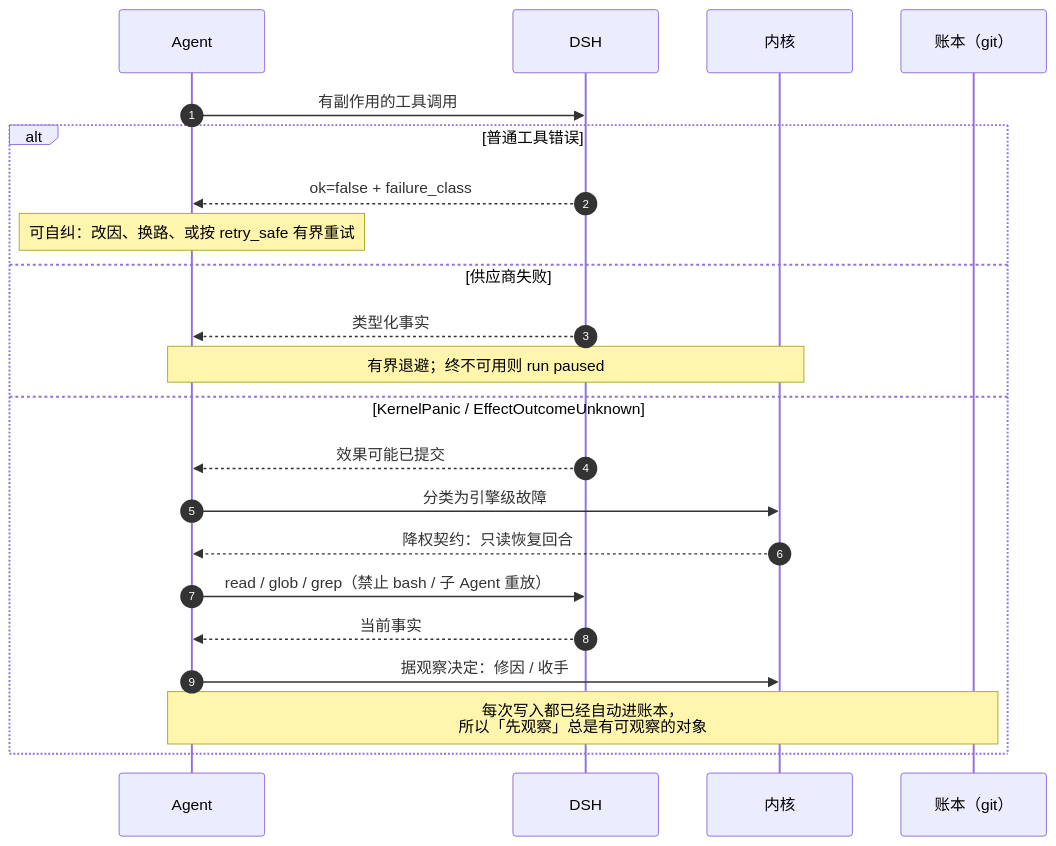
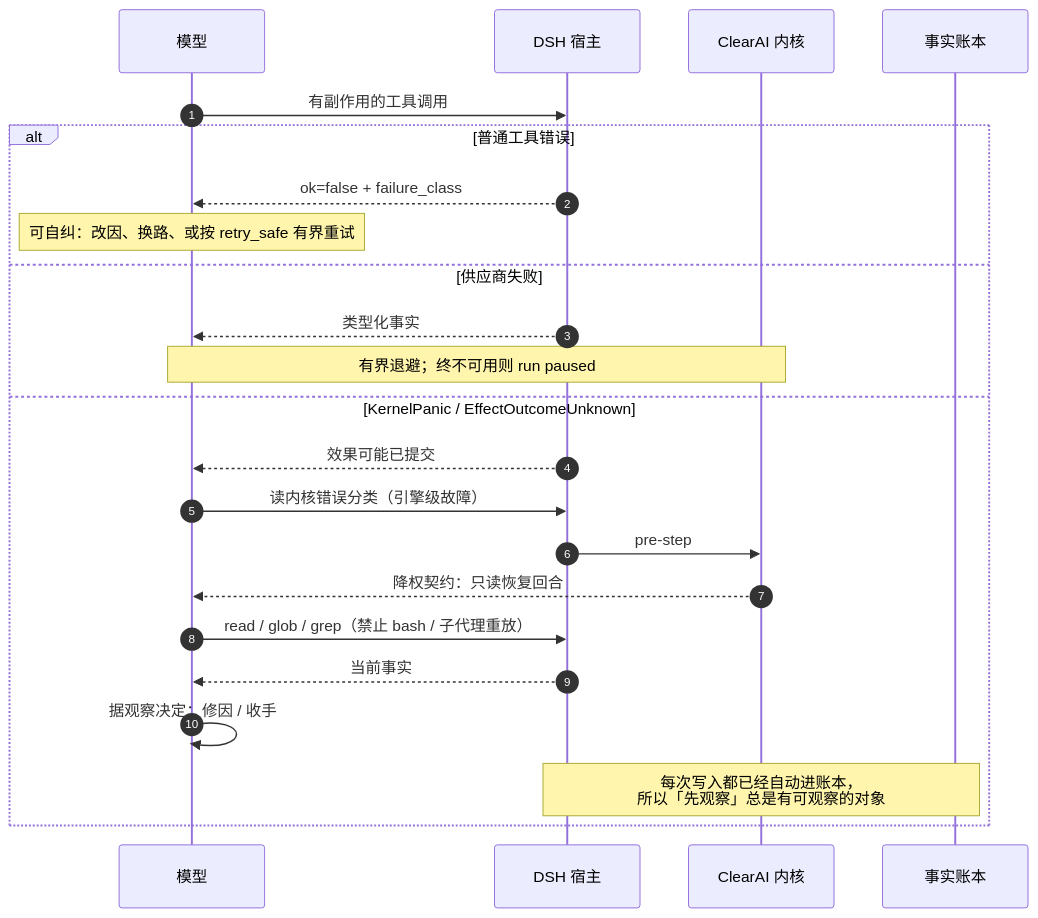
The fourth of 6 diagrams in docs/optimization/timing-diagrams.zh-CN.md (Clearailhc/clearai-dsh), drawn with Mermaid before and after one commit. The commit also changed other lines of this file and 5 other files, not shown here.

First line of the commit message:
docs(optimization): 时序图重写——固定角色表，Agent 拆成模型与宿主

````diff
--- a/docs/optimization/timing-diagrams.zh-CN.md
+++ b/docs/optimization/timing-diagrams.zh-CN.md
@@ -93,25 +143,26 @@
 ```mermaid
 sequenceDiagram
     autonumber
-    participant A as Agent
-    participant D as DSH
-    participant K as 内核
-    participant L as 账本（git）
+    participant M as 模型
+    participant D as DSH 宿主
+    participant K as ClearAI 内核
+    participant L as 事实账本
 
-    A->>D: 有副作用的工具调用
+    M->>D: 有副作用的工具调用
     alt 普通工具错误
-        D-->>A: ok=false + failure_class
-        Note over A: 可自纠：改因、换路、或按 retry_safe 有界重试
+        D-->>M: ok=false + failure_class
+        Note over M: 可自纠：改因、换路、或按 retry_safe 有界重试
     else 供应商失败
-        D-->>A: 类型化事实
-        Note over A,K: 有界退避；终不可用则 run paused
+        D-->>M: 类型化事实
+        Note over M,K: 有界退避；终不可用则 run paused
     else KernelPanic / EffectOutcomeUnknown
-        D-->>A: 效果可能已提交
-        A->>K: 分类为引擎级故障
-        K-->>A: 降权契约：只读恢复回合
-        A->>D: read / glob / grep（禁止 bash / 子 Agent 重放）
-        D-->>A: 当前事实
-        A->>K: 据观察决定：修因 / 收手
-        Note over A,L: 每次写入都已经自动进账本，<br/>所以「先观察」总是有可观察的对象
+        D-->>M: 效果可能已提交
+        M->>D: 读内核错误分类（引擎级故障）
+        D->>K: pre-step
+        K-->>M: 降权契约：只读恢复回合
+        M->>D: read / glob / grep（禁止 bash / 子代理重放）
+        D-->>M: 当前事实
+        M->>M: 据观察决定：修因 / 收手
+        Note over D,L: 每次写入都已经自动进账本，<br/>所以「先观察」总是有可观察的对象
     end
 ```
````
